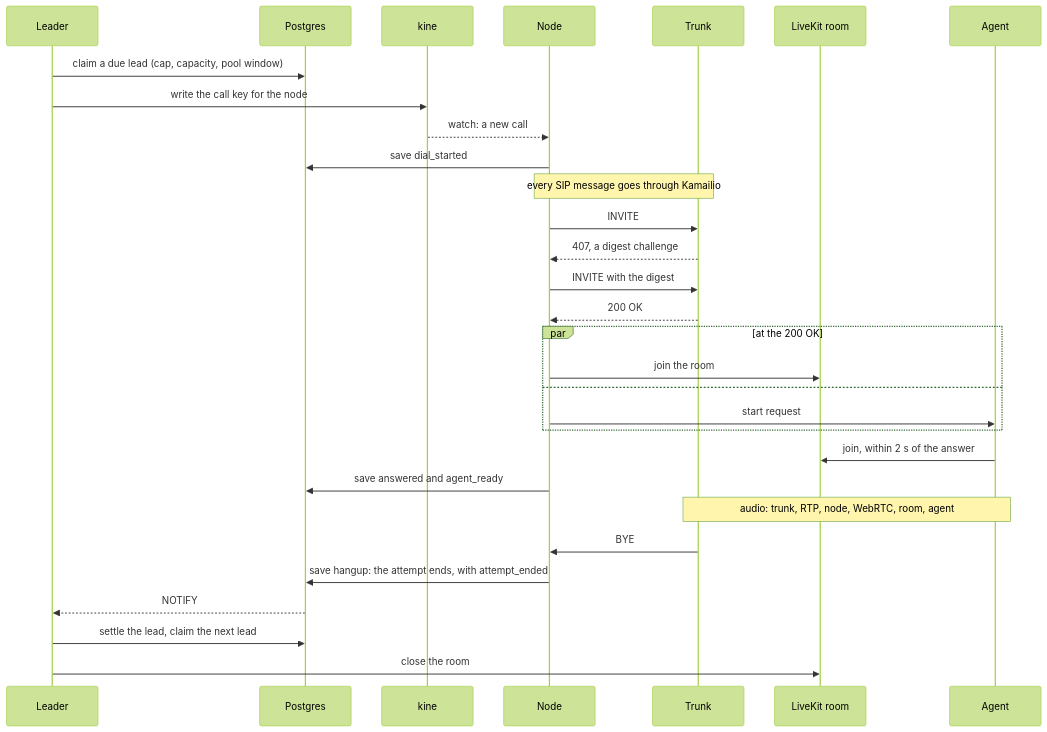
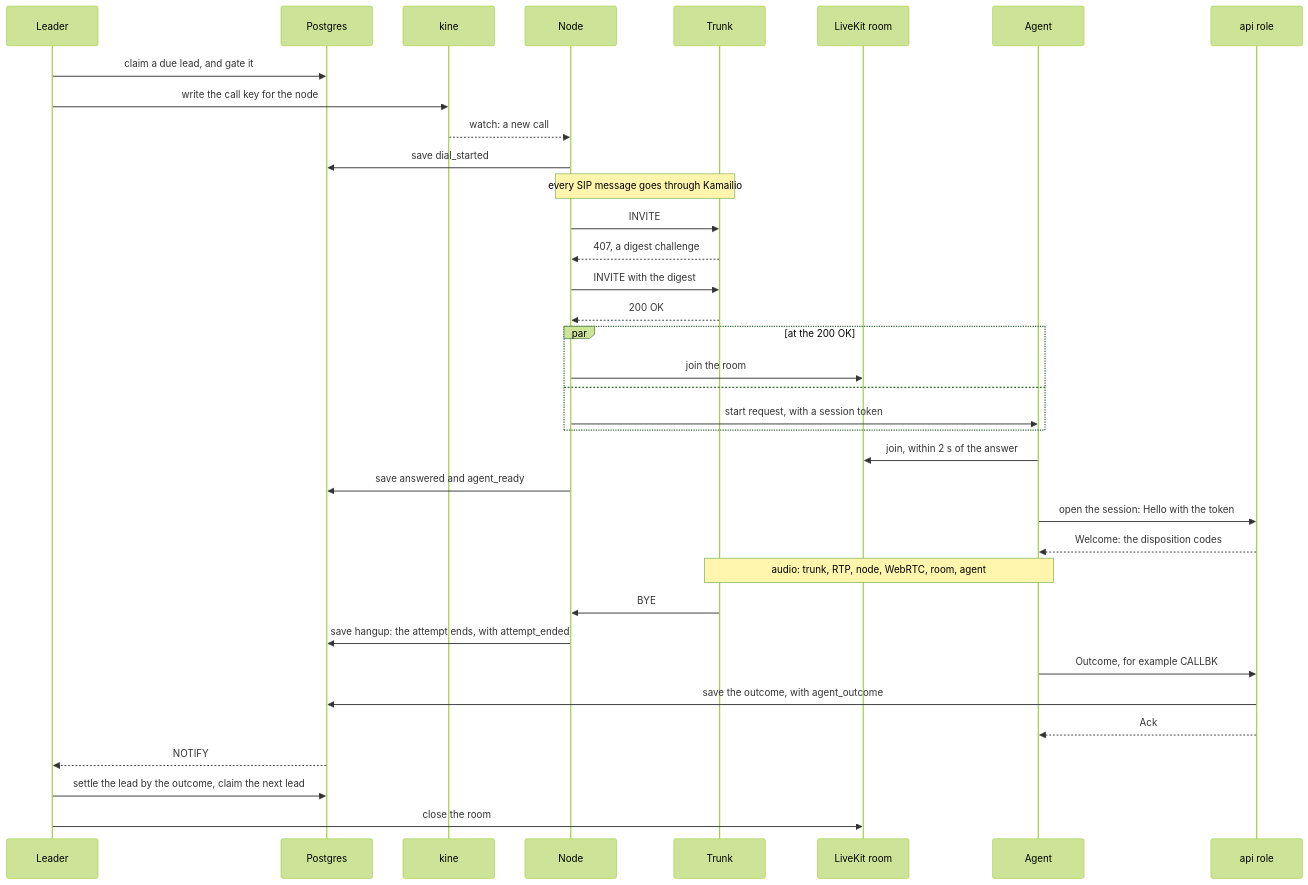
One commit to sandys/swarmpbx changed the fifth of 9 diagrams in README.md. Above: the diagram before and after it, drawn with Mermaid (forest theme). The commit also changed other lines of this file and 151 other files, not shown here.

````diff
--- a/README.md
+++ b/README.md
@@ -133,32 +215,38 @@
 ```mermaid
 sequenceDiagram
     participant L as Leader
     participant PG as Postgres
     participant KI as kine
     participant N as Node
     participant T as Trunk
     participant R as LiveKit room
     participant A as Agent
-    L->>PG: claim a due lead (cap, capacity, pool window)
+    participant API as api role
+    L->>PG: claim a due lead, and gate it
     L->>KI: write the call key for the node
     KI-->>N: watch: a new call
     N->>PG: save dial_started
     Note over N,T: every SIP message goes through Kamailio
     N->>T: INVITE
     T-->>N: 407, a digest challenge
     N->>T: INVITE with the digest
     T-->>N: 200 OK
     par at the 200 OK
         N->>R: join the room
     and
-        N->>A: start request
+        N->>A: start request, with a session token
     end
     A->>R: join, within 2 s of the answer
     N->>PG: save answered and agent_ready
+    A->>API: open the session: Hello with the token
+    API-->>A: Welcome: the disposition codes
     Note over T,A: audio: trunk, RTP, node, WebRTC, room, agent
     T->>N: BYE
     N->>PG: save hangup: the attempt ends, with attempt_ended
+    A->>API: Outcome, for example CALLBK
+    API->>PG: save the outcome, with agent_outcome
+    API-->>A: Ack
     PG-->>L: NOTIFY
-    L->>PG: settle the lead, claim the next lead
+    L->>PG: settle the lead by the outcome, claim the next lead
     L->>R: close the room
 ```
````
